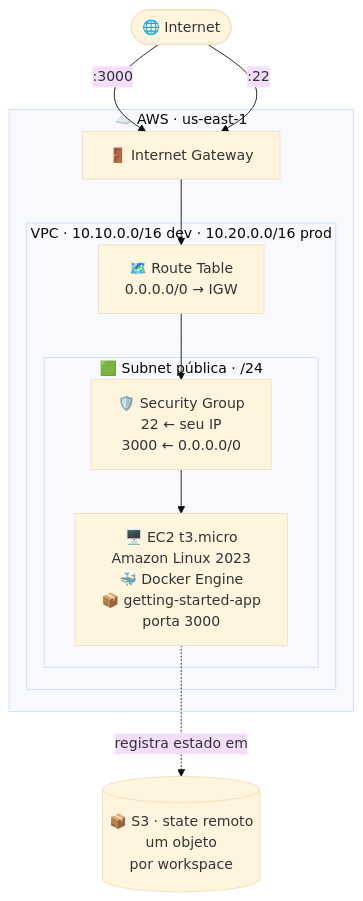
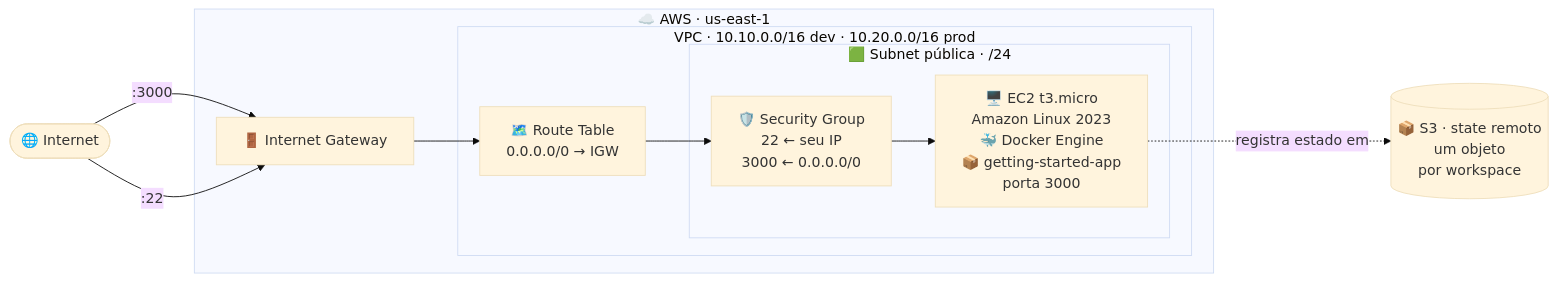
One commit to weynne/cesar-school-pos-devops-iac changed the first of 4 diagrams in projeto-final/README.md. Above: the diagram before and after it, drawn with Mermaid (base theme). The commit also changed 1 other file, not shown here.

Commit message:
docs: lay the architecture diagram left to right

````diff
--- a/projeto-final/README.md
+++ b/projeto-final/README.md
@@ -52,22 +52,22 @@
 ```mermaid
-flowchart TB
+flowchart LR
     User(["🌐 Internet"])
 
     subgraph AWS["☁️ AWS · us-east-1"]
         IGW["🚪 Internet Gateway"]
         subgraph VPC["VPC · 10.10.0.0/16 dev · 10.20.0.0/16 prod"]
             RT["🗺️ Route Table<br/>0.0.0.0/0 → IGW"]
             subgraph SN["🟩 Subnet pública · /24"]
                 SG["🛡️ Security Group<br/>22 ← seu IP<br/>3000 ← 0.0.0.0/0"]
                 EC2["🖥️ EC2 t3.micro<br/>Amazon Linux 2023<br/>🐳 Docker Engine<br/>📦 getting-started-app<br/>porta 3000"]
             end
         end
     end
 
     S3[("📦 S3 · state remoto<br/>um objeto<br/>por workspace")]
 
     User -->|":3000"| IGW
     User -->|":22"| IGW
     IGW --> RT --> SG --> EC2
     EC2 -.->|"registra estado em"| S3
 ```
````
